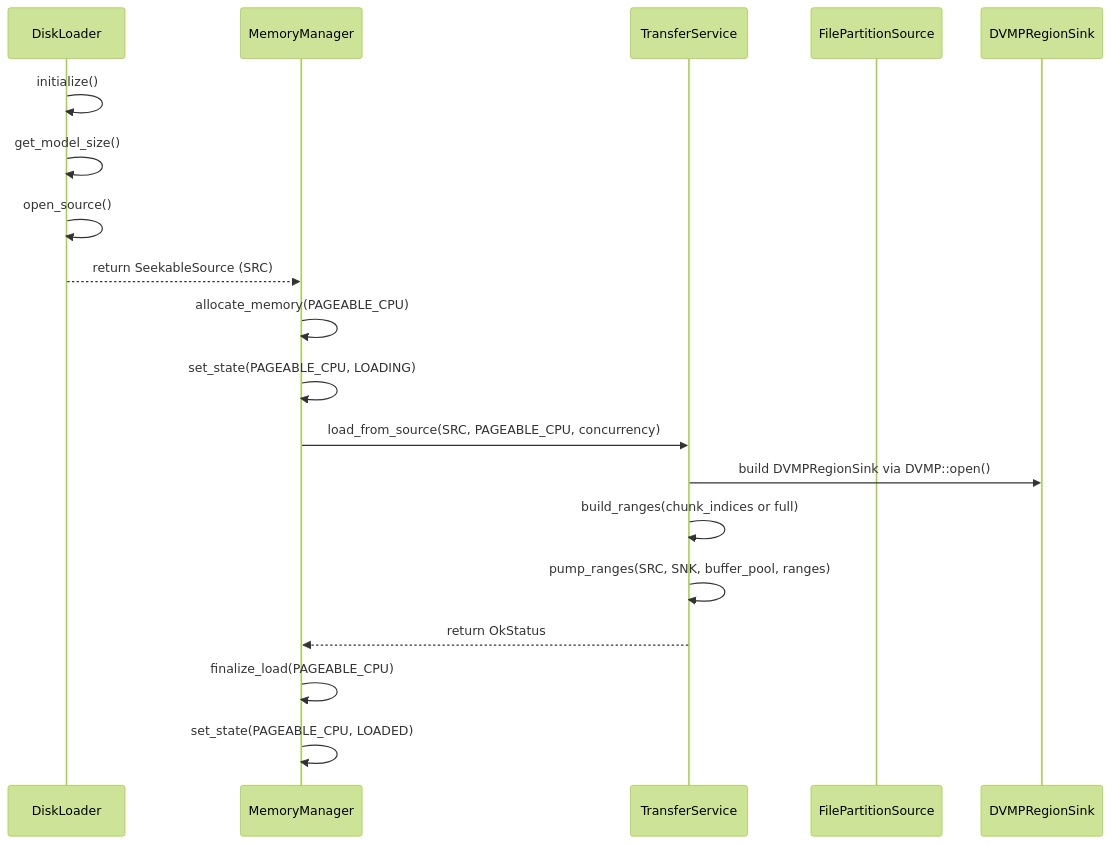
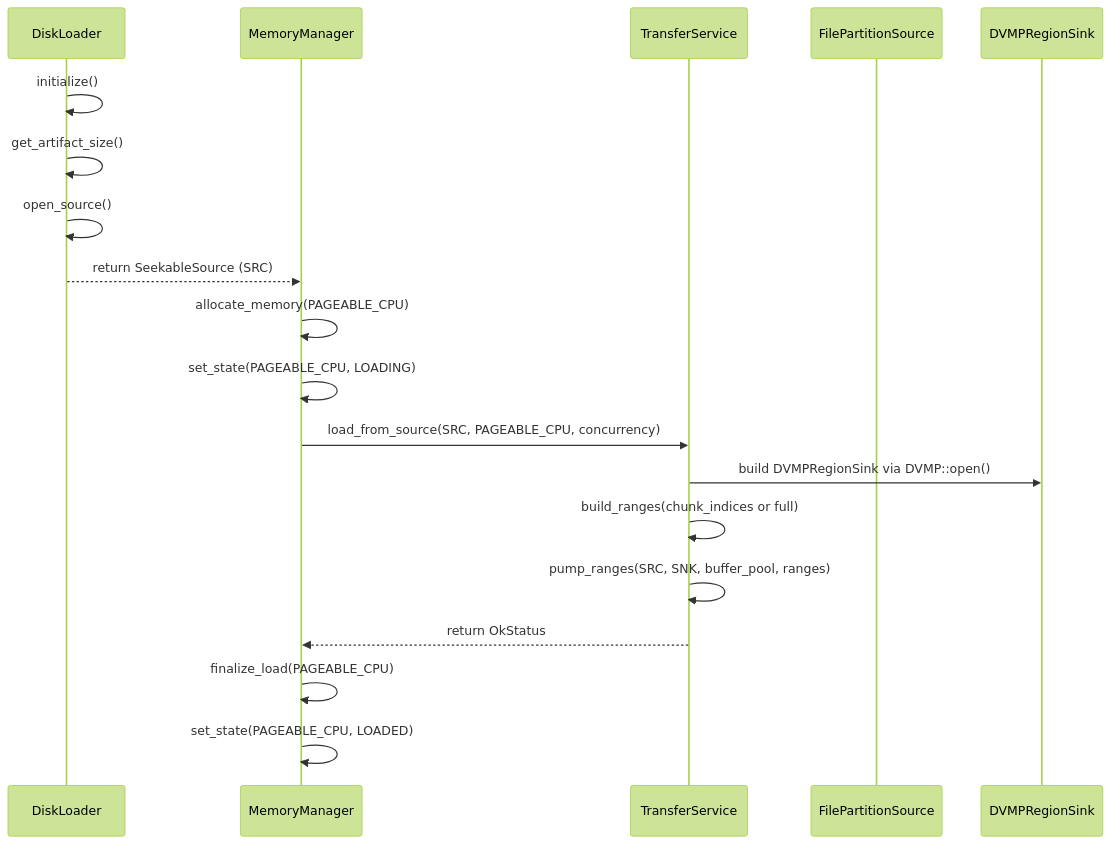
One commit to tensorcast-ai/tensorcast changed the sixth of 13 diagrams in web-docs/docs/developer-guides/core/store/architecture.md. Above: the diagram before and after it, drawn with Mermaid (forest theme). The commit also changed other lines of this file and 331 other files, not shown here.

Commit message:
refactor: refactor model to artifact & replica

````diff
--- a/web-docs/docs/developer-guides/core/store/architecture.md
+++ b/web-docs/docs/developer-guides/core/store/architecture.md
@@ -321,24 +321,24 @@
 ```mermaid
 sequenceDiagram
     participant DL as DiskLoader
     participant MM as MemoryManager
     participant TS as TransferService
     participant SRC as FilePartitionSource
     participant SNK as DVMPRegionSink
 
     DL->>DL: initialize()
-    DL->>DL: get_model_size()
+    DL->>DL: get_artifact_size()
     DL->>DL: open_source()
     DL-->>MM: return SeekableSource (SRC)
 
     MM->>MM: allocate_memory(PAGEABLE_CPU)
     MM->>MM: set_state(PAGEABLE_CPU, LOADING)
     MM->>TS: load_from_source(SRC, PAGEABLE_CPU, concurrency)
     TS->>SNK: build DVMPRegionSink via DVMP::open()
     TS->>TS: build_ranges(chunk_indices or full)
     TS->>TS: pump_ranges(SRC, SNK, buffer_pool, ranges)
     TS-->>MM: return OkStatus
 
     MM->>MM: finalize_load(PAGEABLE_CPU)
     MM->>MM: set_state(PAGEABLE_CPU, LOADED)
 ```
````
